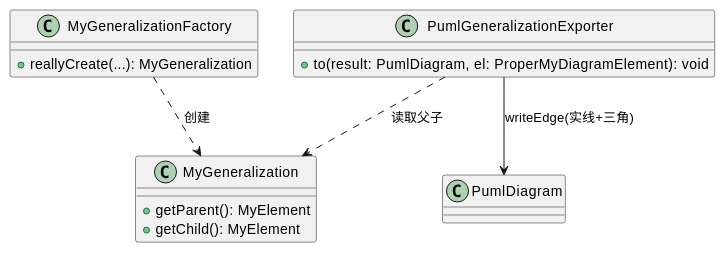
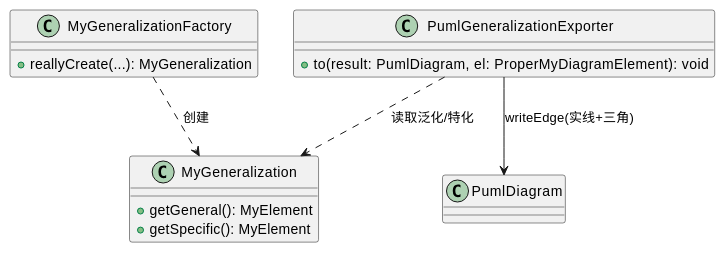
One commit to zhongjinggz/vp-cli changed diagram 14 of 25 in doc/spec/spec-class-diagram-basic.md. Above: the diagram before and after it, drawn with PlantUML. The commit also changed other lines of this file and 14 other files, not shown here.

Commit message:
Render "UML Dependency"

````diff
--- a/doc/spec/spec-class-diagram-basic.md
+++ b/doc/spec/spec-class-diagram-basic.md
@@ -381,17 +378,17 @@
 ```plantuml
 @startuml
 class MyGeneralization {
-  + getParent(): MyElement
-  + getChild(): MyElement
+  + getGeneral(): MyElement
+  + getSpecific(): MyElement
 }
 class MyGeneralizationFactory {
   + reallyCreate(...): MyGeneralization
 }
 class PumlGeneralizationExporter {
   + to(result: PumlDiagram, el: ProperMyDiagramElement): void
 }
 MyGeneralizationFactory ..> MyGeneralization : 创建
-PumlGeneralizationExporter ..> MyGeneralization : 读取父子
+PumlGeneralizationExporter ..> MyGeneralization : 读取泛化/特化
 PumlGeneralizationExporter --> PumlDiagram : writeEdge(实线+三角)
 @enduml
 ```
````
